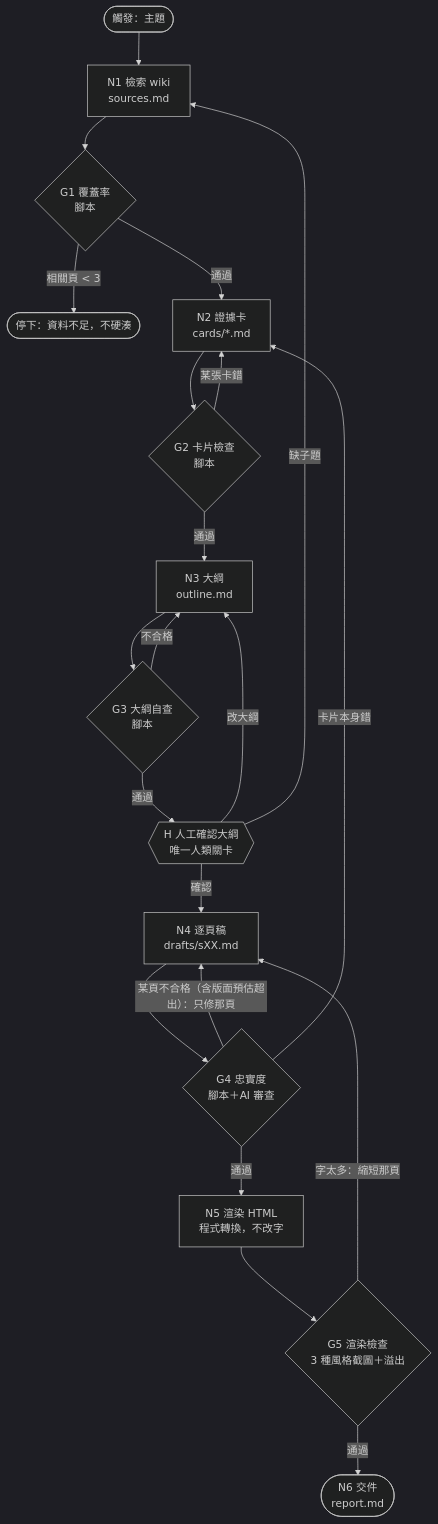
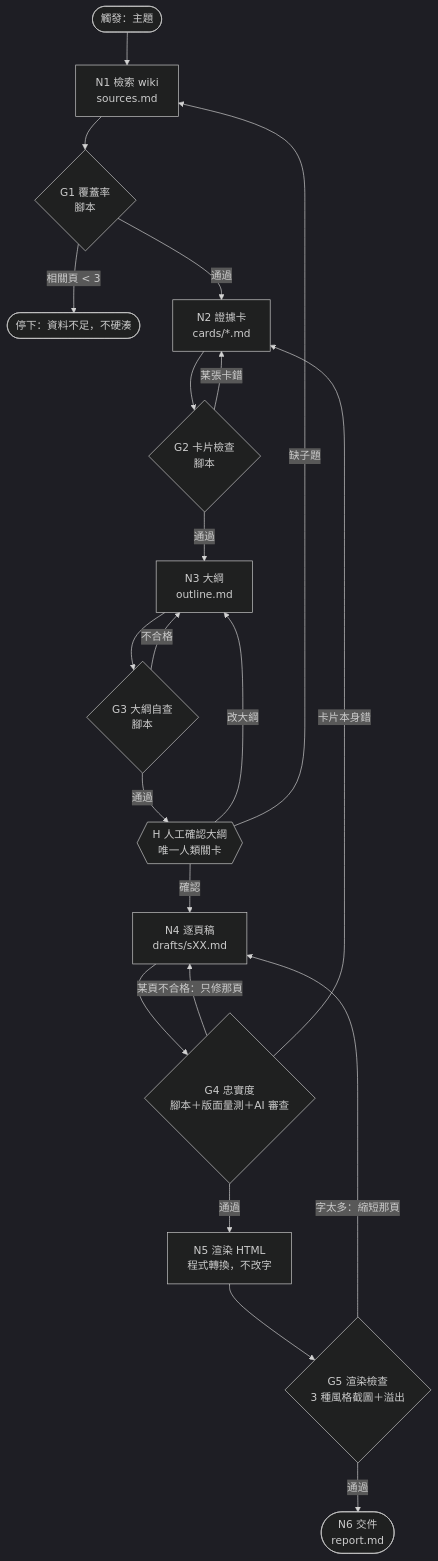
One commit to Dipo221/agent-llm-wiki changed the diagram in workflows/topic-slides.md. Above: the diagram before and after it, drawn with Mermaid (dark theme). The commit also changed 2 other files, not shown here.

Commit message:
docs: workflow design and reflection, README; flowchart labels for v2.1

````diff
--- a/workflows/topic-slides.md
+++ b/workflows/topic-slides.md
@@ -9,23 +9,23 @@
 ```mermaid
 flowchart TD
     T([觸發：主題]) --> N1[N1 檢索 wiki<br/>sources.md]
     N1 --> G1{G1 覆蓋率<br/>腳本}
     G1 -- 相關頁 < 3 --> STOP([停下：資料不足，不硬湊])
     G1 -- 通過 --> N2[N2 證據卡<br/>cards/*.md]
     N2 --> G2{G2 卡片檢查<br/>腳本}
     G2 -- 某張卡錯 --> N2
     G2 -- 通過 --> N3[N3 大綱<br/>outline.md]
     N3 --> G3{G3 大綱自查<br/>腳本}
     G3 -- 不合格 --> N3
     G3 -- 通過 --> H{{H 人工確認大綱<br/>唯一人類關卡}}
     H -- 改大綱 --> N3
     H -- 缺子題 --> N1
     H -- 確認 --> N4[N4 逐頁稿<br/>drafts/sXX.md]
-    N4 --> G4{G4 忠實度<br/>腳本＋AI 審查}
-    G4 -- 某頁不合格（含版面預估超出）：只修那頁 --> N4
+    N4 --> G4{G4 忠實度<br/>腳本＋版面量測＋AI 審查}
+    G4 -- 某頁不合格：只修那頁 --> N4
     G4 -- 卡片本身錯 --> N2
     G4 -- 通過 --> N5[N5 渲染 HTML<br/>程式轉換，不改字]
     N5 --> G5{G5 渲染檢查<br/>3 種風格截圖＋溢出}
     G5 -- 字太多：縮短那頁 --> N4
     G5 -- 通過 --> N6([N6 交件<br/>report.md])
 ```
````
